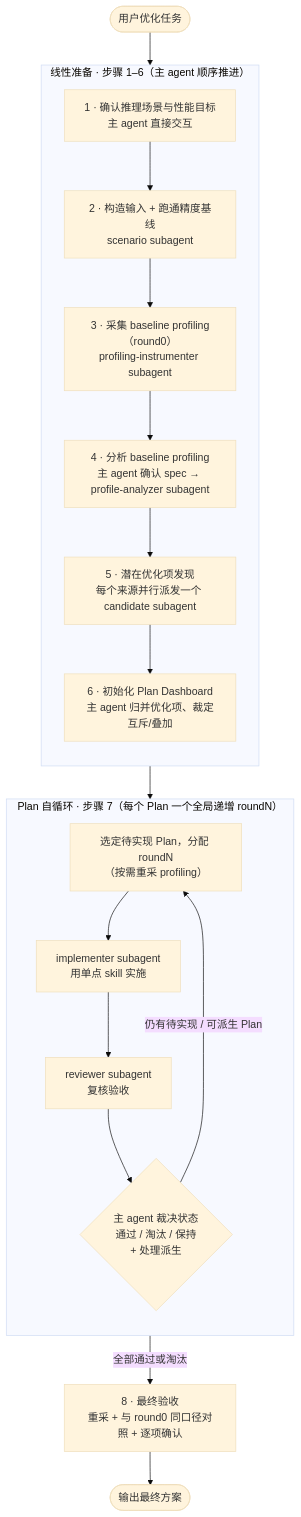
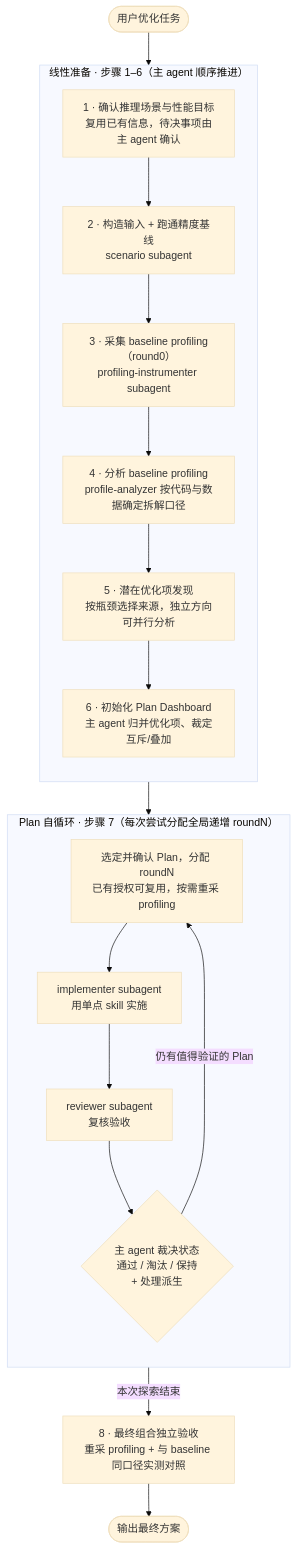
One commit to hicann/cann-recipes-infer changed the first of 2 diagrams in docs/agent/sota-approach-skill-design.md. Above: the diagram before and after it, drawn with Mermaid (base theme). The commit also changed other lines of this file and 111 other files, not shown here.

````diff
--- a/docs/agent/sota-approach-skill-design.md
+++ b/docs/agent/sota-approach-skill-design.md
@@ -46,31 +44,31 @@
 ```mermaid
 flowchart TD
     Start([用户优化任务]) --> S1
 
     subgraph Prep["线性准备 · 步骤 1–6（主 agent 顺序推进）"]
         direction TB
-        S1["1 · 确认推理场景与性能目标<br/>主 agent 直接交互"]
+        S1["1 · 确认推理场景与性能目标<br/>复用已有信息，待决事项由主 agent 确认"]
         S2["2 · 构造输入 + 跑通精度基线<br/>scenario subagent"]
         S3["3 · 采集 baseline profiling（round0）<br/>profiling-instrumenter subagent"]
-        S4["4 · 分析 baseline profiling<br/>主 agent 确认 spec → profile-analyzer subagent"]
-        S5["5 · 潜在优化项发现<br/>每个来源并行派发一个 candidate subagent"]
+        S4["4 · 分析 baseline profiling<br/>profile-analyzer 按代码与数据确定拆解口径"]
+        S5["5 · 潜在优化项发现<br/>按瓶颈选择来源，独立方向可并行分析"]
         S6["6 · 初始化 Plan Dashboard<br/>主 agent 归并优化项、裁定互斥/叠加"]
         S1 --> S2 --> S3 --> S4 --> S5 --> S6
     end
 
     S6 --> L1
 
-    subgraph Loop["Plan 自循环 · 步骤 7（每个 Plan 一个全局递增 roundN）"]
+    subgraph Loop["Plan 自循环 · 步骤 7（每次尝试分配全局递增 roundN）"]
         direction TB
-        L1["选定待实现 Plan，分配 roundN<br/>（按需重采 profiling）"]
+        L1["选定并确认 Plan，分配 roundN<br/>已有授权可复用，按需重采 profiling"]
         L2["implementer subagent<br/>用单点 skill 实施"]
         L3["reviewer subagent<br/>复核验收"]
         L4{"主 agent 裁决状态<br/>通过 / 淘汰 / 保持<br/>+ 处理派生"}
         L1 --> L2 --> L3 --> L4
     end
 
-    L4 -->|仍有待实现 / 可派生 Plan| L1
-    L4 -->|全部通过或淘汰| S8
+    L4 -->|仍有值得验证的 Plan| L1
+    L4 -->|本次探索结束| S8
 
-    S8["8 · 最终验收<br/>重采 + 与 round0 同口径对照 + 逐项确认"] --> End([输出最终方案])
+    S8["8 · 最终组合独立验收<br/>重采 profiling + 与 baseline 同口径实测对照"] --> End([输出最终方案])
 ```
````
